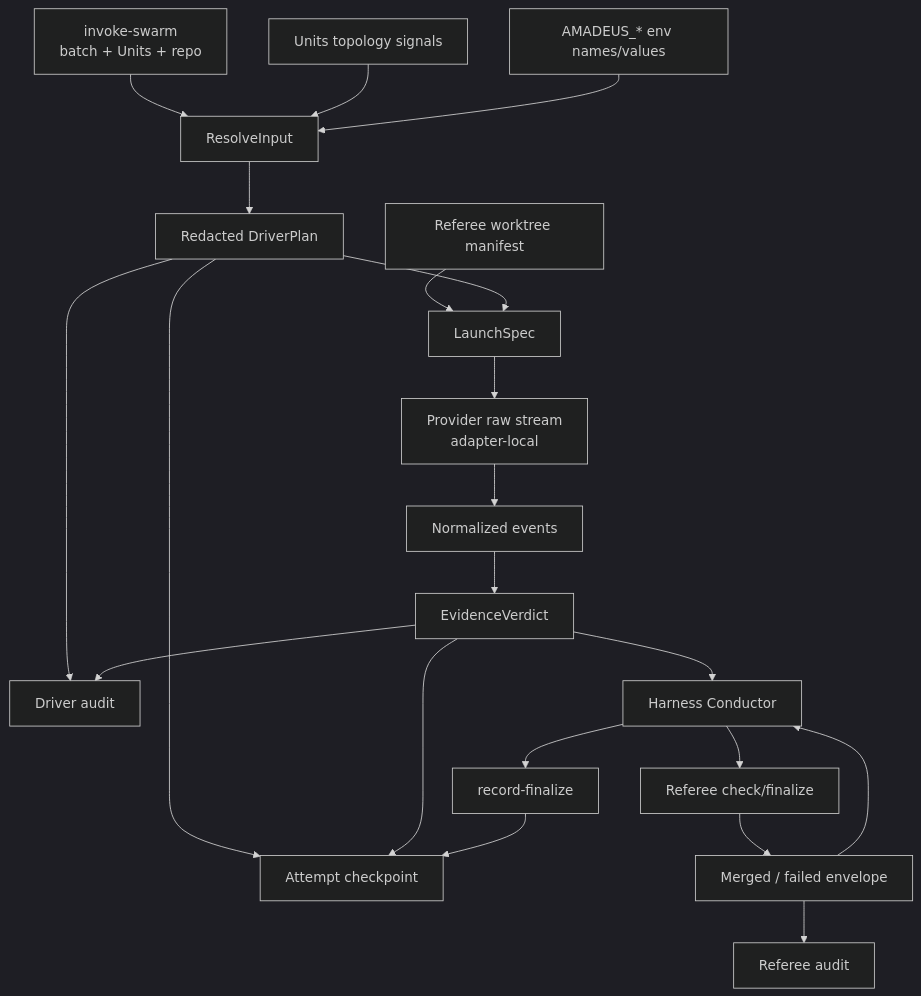
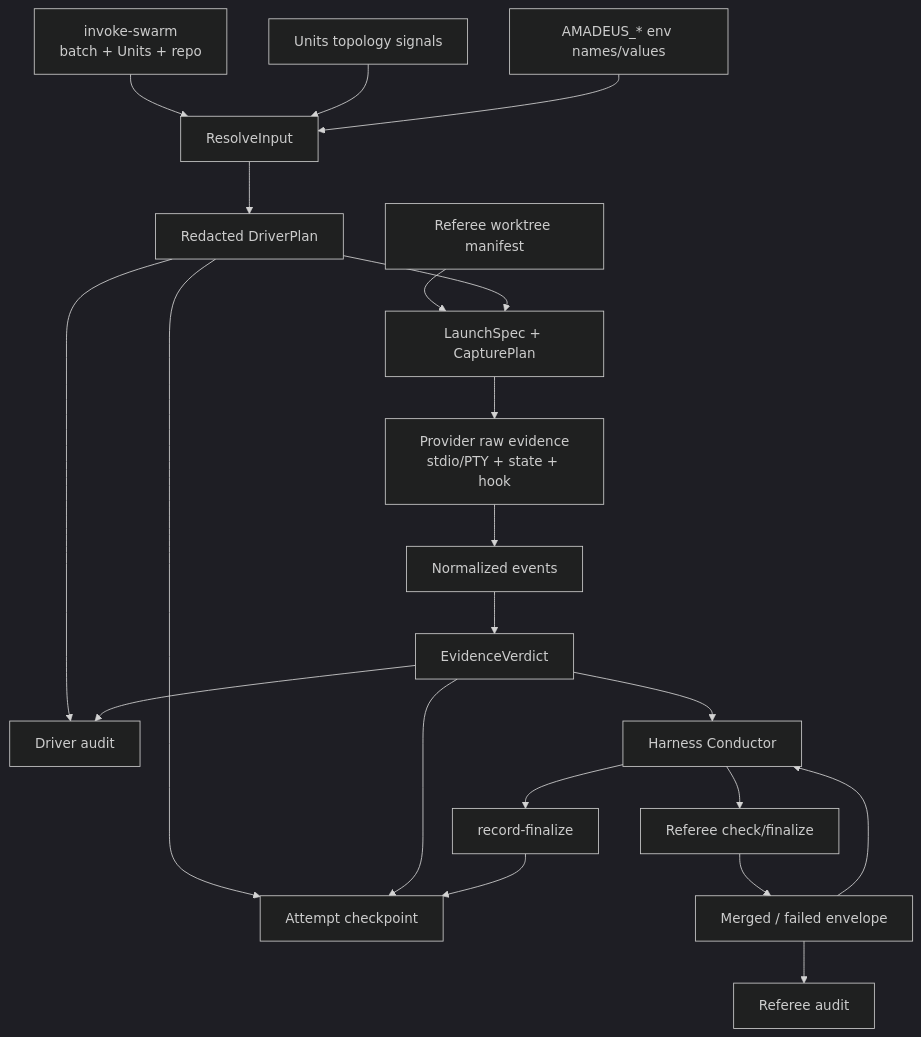
Before and after one commit to amadeus-dlc/amadeus: the second of 2 diagrams in amadeus/spaces/default/intents/260713-swarm-driver-migration/inception/application-design/component-dependency.md, drawn with Mermaid (dark theme). The commit also changed other lines of this file and 64 other files, not shown here.

````diff
--- a/amadeus/spaces/default/intents/260713-swarm-driver-migration/inception/application-design/component-dependency.md
+++ b/amadeus/spaces/default/intents/260713-swarm-driver-migration/inception/application-design/component-dependency.md
@@ -70,23 +71,23 @@
 ```mermaid
 flowchart TD
   A["invoke-swarm\nbatch + Units + repo"] --> B["ResolveInput"]
   T["Units topology signals"] --> B
   N["AMADEUS_* env names/values"] --> B
   B --> C["Redacted DriverPlan"]
   C --> Q["Attempt checkpoint"]
   C --> L["Driver audit"]
-  W["Referee worktree manifest"] --> J["LaunchSpec"]
+  W["Referee worktree manifest"] --> J["LaunchSpec + CapturePlan"]
   C --> J
-  J --> O["Provider raw stream\nadapter-local"]
+  J --> O["Provider raw evidence\nstdio/PTY + state + hook"]
   O --> Z["Normalized events"]
   Z --> V["EvidenceVerdict"]
   V --> Q
   V --> L
   V --> H["Harness Conductor"]
   H --> F["Referee check/finalize"]
   F --> M["Merged / failed envelope"]
   M --> H
   H --> R["record-finalize"]
   R --> Q
   M --> L2["Referee audit"]
 ```
````
